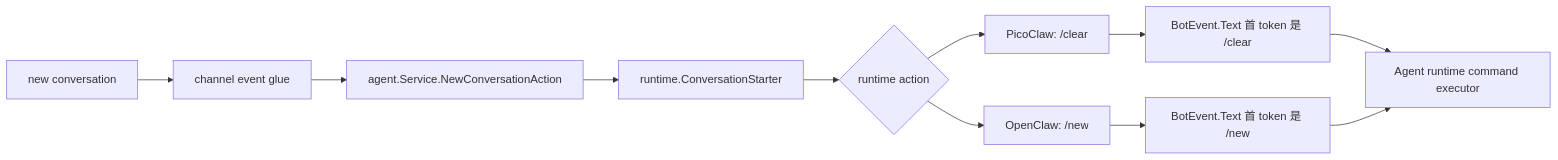
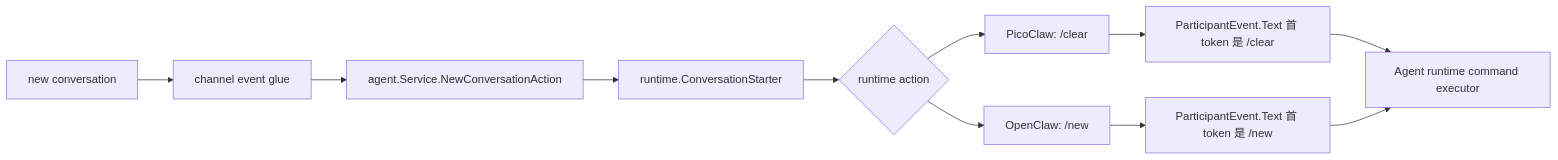
The second of 3 diagrams in docs/im/im-chat-agent-history-cleanup.zh.md (jialudev/csgclaw), drawn with Mermaid before and after one commit. The commit also changed other lines of this file and 213 other files, not shown here.

````diff
--- a/docs/im/im-chat-agent-history-cleanup.zh.md
+++ b/docs/im/im-chat-agent-history-cleanup.zh.md
@@ -259,13 +259,13 @@
 ```mermaid
 flowchart LR
   Canonical["new conversation"] --> Glue["channel event glue"]
   Glue --> AgentSvc["agent.Service.NewConversationAction"]
   AgentSvc --> Capability["runtime.ConversationStarter"]
   Capability --> Native{"runtime action"}
   Native --> PicoCmd["PicoClaw: /clear"]
   Native --> OpenCmd["OpenClaw: /new"]
-  PicoCmd --> BotEvent["BotEvent.Text 首 token 是 /clear"]
-  OpenCmd --> OpenBotEvent["BotEvent.Text 首 token 是 /new"]
-  BotEvent --> Executor["Agent runtime command executor"]
-  OpenBotEvent --> Executor
+  PicoCmd --> ParticipantEvent["ParticipantEvent.Text 首 token 是 /clear"]
+  OpenCmd --> OpenParticipantEvent["ParticipantEvent.Text 首 token 是 /new"]
+  ParticipantEvent --> Executor["Agent runtime command executor"]
+  OpenParticipantEvent --> Executor
 ```
````
